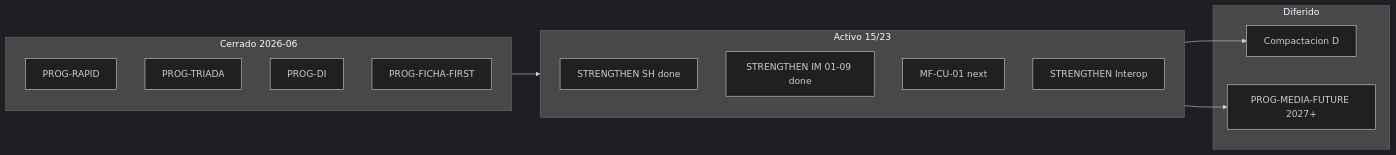
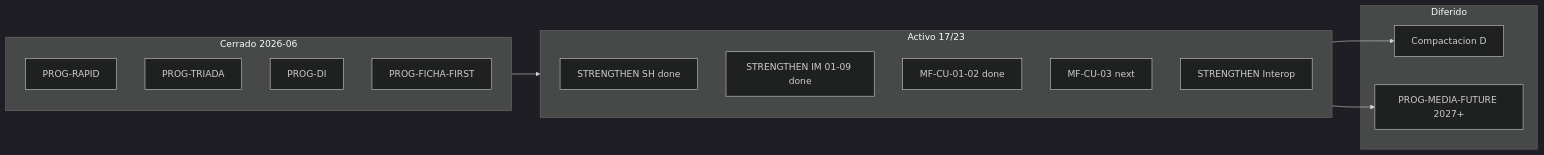
One commit to gabriel2320/epis2 changed the diagram in reports/epis2-plan-desarrollo-unificado-2026-06-14.md. Above: the diagram before and after it, drawn with Mermaid (dark theme). The commit also changed other lines of this file and 5 other files, not shown here.

````diff
--- a/reports/epis2-plan-desarrollo-unificado-2026-06-14.md
+++ b/reports/epis2-plan-desarrollo-unificado-2026-06-14.md
@@ -95,22 +96,23 @@
 ```mermaid
 flowchart LR
   subgraph cerrado [Cerrado 2026-06]
     R[PROG-RAPID]
     T[PROG-TRIADA]
     DI[PROG-DI]
     FF[PROG-FICHA-FIRST]
   end
-  subgraph activo [Activo 15/23]
+  subgraph activo [Activo 17/23]
     SH[STRENGTHEN SH done]
     IM[STRENGTHEN IM 01-09 done]
-    CU[MF-CU-01 next]
+    CU[MF-CU-01-02 done]
+    CU3[MF-CU-03 next]
     IC[STRENGTHEN Interop]
   end
   subgraph diferido [Diferido]
     D[Compactacion D]
     M[PROG-MEDIA-FUTURE 2027+]
   end
   cerrado --> activo
   activo --> D
   activo --> M
 ```
````
